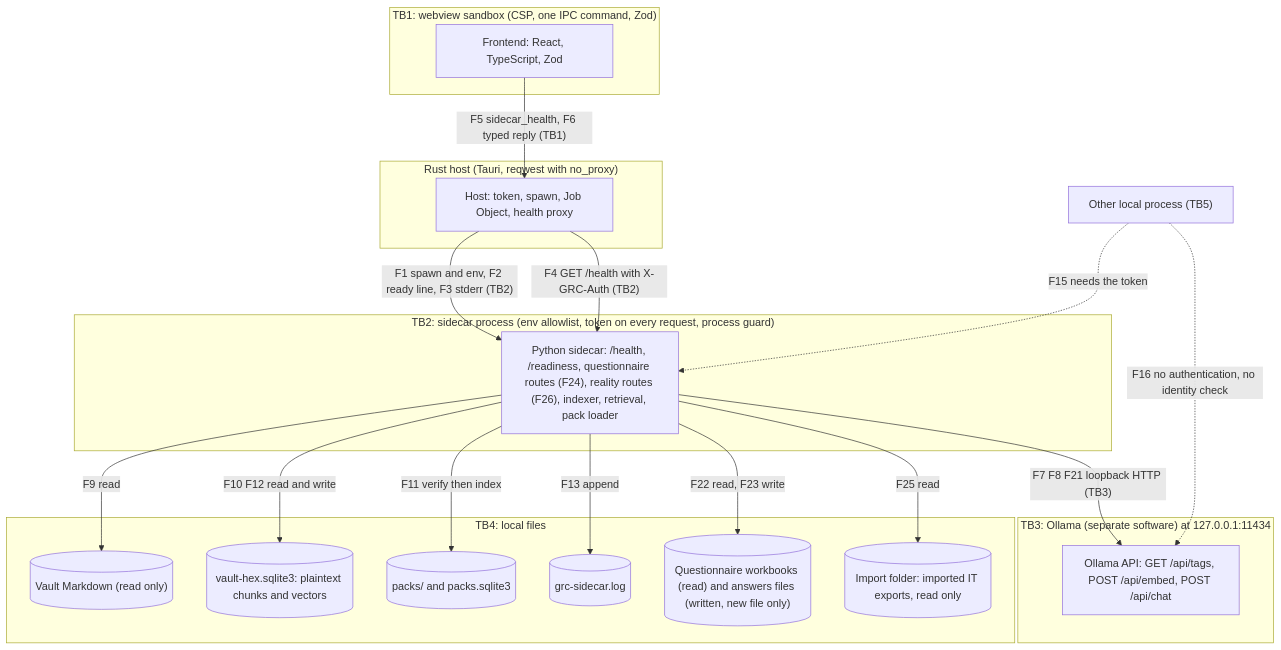
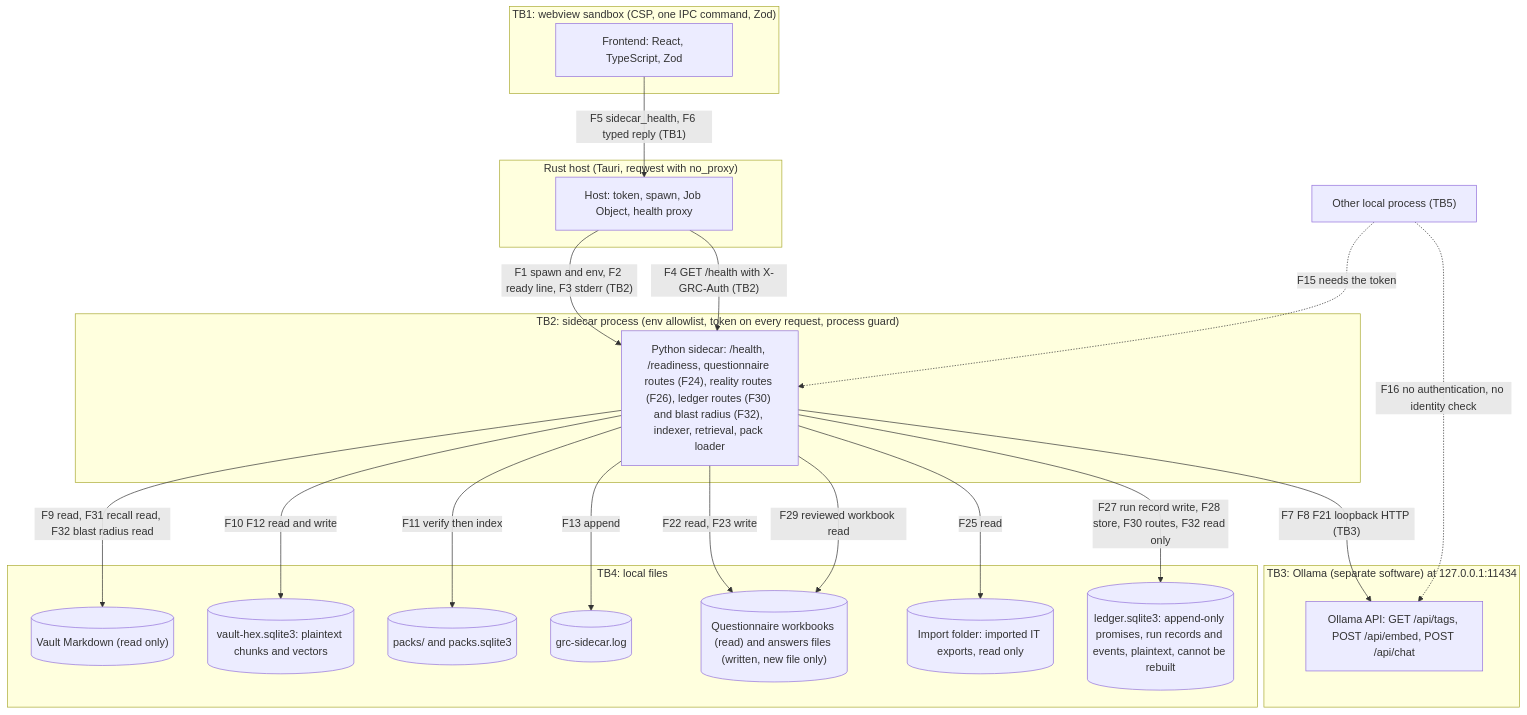
The second of 2 diagrams in docs/threat-model.md (mikeperrella/grc-second-brain), drawn with Mermaid before and after one commit. The commit also changed other lines of this file and 2 other files, not shown here.

````diff
--- a/docs/threat-model.md
+++ b/docs/threat-model.md
@@ -110,36 +110,39 @@
 ```mermaid
 flowchart TB
   subgraph tb1["TB1: webview sandbox (CSP, one IPC command, Zod)"]
     ui["Frontend: React, TypeScript, Zod"]
   end
   subgraph hostbox["Rust host (Tauri, reqwest with no_proxy)"]
     host["Host: token, spawn, Job Object, health proxy"]
   end
   subgraph tb2["TB2: sidecar process (env allowlist, token on every request, process guard)"]
-    sidecar["Python sidecar: /health, /readiness, questionnaire routes (F24), reality routes (F26), indexer, retrieval, pack loader"]
+    sidecar["Python sidecar: /health, /readiness, questionnaire routes (F24), reality routes (F26), ledger routes (F30) and blast radius (F32), indexer, retrieval, pack loader"]
   end
   subgraph tb3["TB3: Ollama (separate software) at 127.0.0.1:11434"]
     ollama["Ollama API: GET /api/tags, POST /api/embed, POST /api/chat"]
   end
   subgraph tb4["TB4: local files"]
     vault[("Vault Markdown (read only)")]
     index[("vault-hex.sqlite3: plaintext chunks and vectors")]
     packs[("packs/ and packs.sqlite3")]
     logs[("grc-sidecar.log")]
     qfiles[("Questionnaire workbooks (read) and answers files (written, new file only)")]
     imports[("Import folder: imported IT exports, read only")]
+    ledger[("ledger.sqlite3: append-only promises, run records and events, plaintext, cannot be rebuilt")]
   end
   rogue["Other local process (TB5)"]
   ui -->|"F5 sidecar_health, F6 typed reply (TB1)"| host
   host -->|"F1 spawn and env, F2 ready line, F3 stderr (TB2)"| sidecar
   host -->|"F4 GET /health with X-GRC-Auth (TB2)"| sidecar
   sidecar -->|"F7 F8 F21 loopback HTTP (TB3)"| ollama
-  sidecar -->|"F9 read"| vault
+  sidecar -->|"F9 read, F31 recall read, F32 blast radius read"| vault
   sidecar -->|"F10 F12 read and write"| index
   sidecar -->|"F11 verify then index"| packs
   sidecar -->|"F13 append"| logs
   sidecar -->|"F22 read, F23 write"| qfiles
   sidecar -->|"F25 read"| imports
+  sidecar -->|"F27 run record write, F28 store, F30 routes, F32 read only"| ledger
+  sidecar -->|"F29 reviewed workbook read"| qfiles
   rogue -.->|"F15 needs the token"| sidecar
   rogue -.->|"F16 no authentication, no identity check"| ollama
 ```
````
